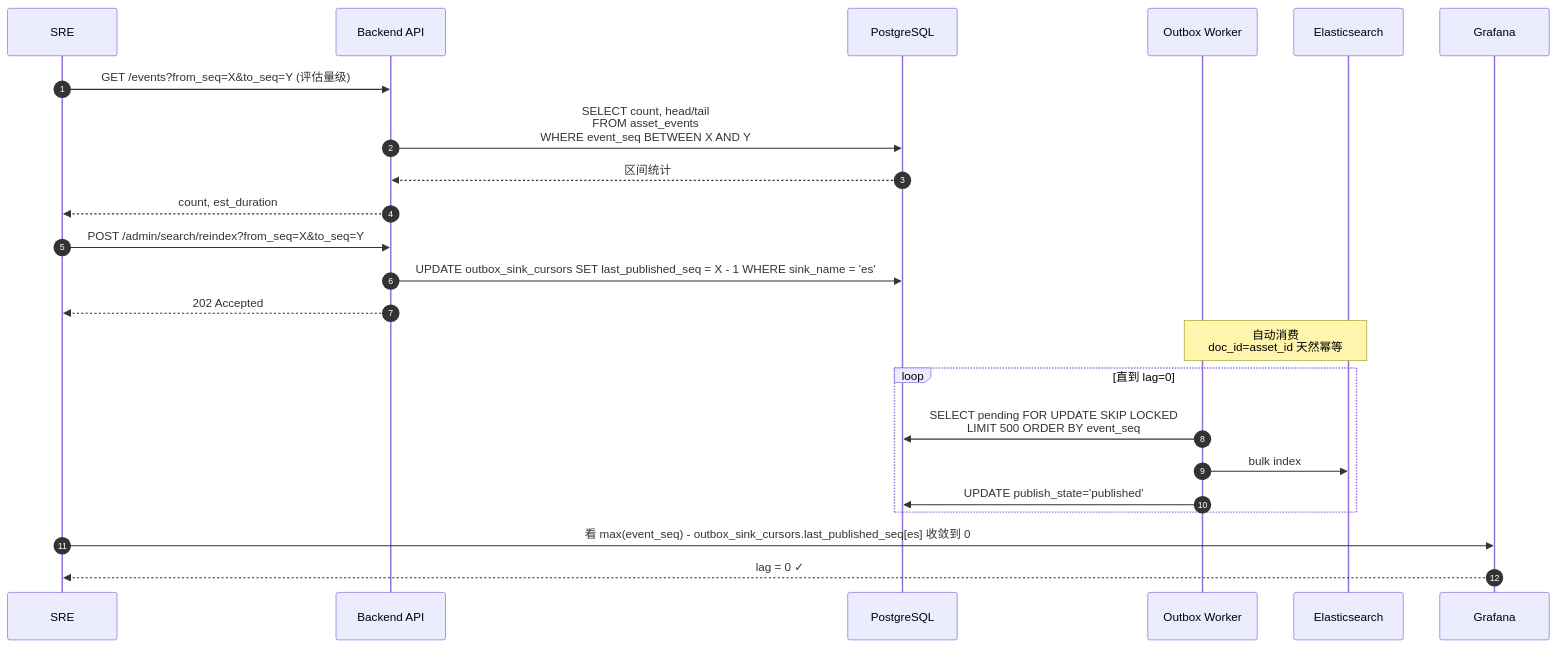
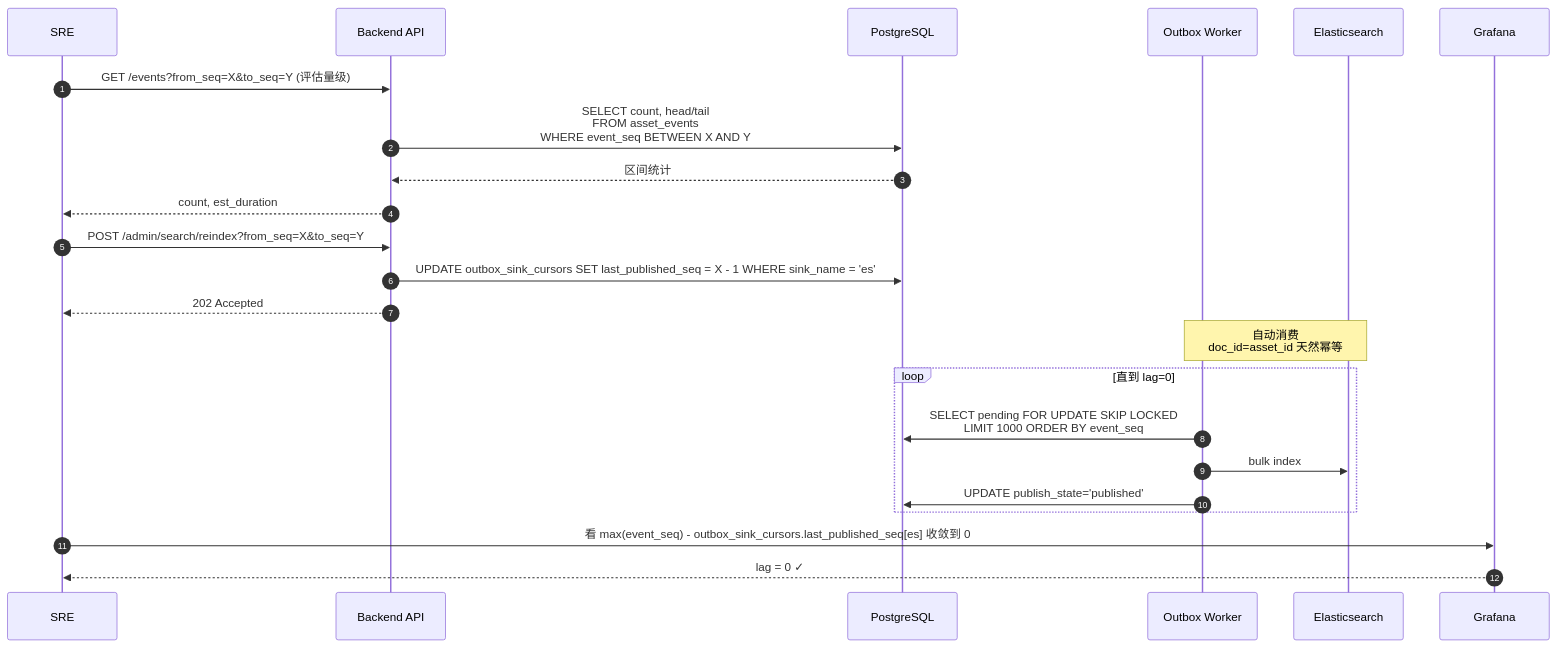
One commit to rouse2617/Databricks4robot changed diagram 20 of 24 in docs/review/data-platform-design.md. Above: the diagram before and after it, drawn with Mermaid. The commit also changed other lines of this file and 2 other files, not shown here.

````diff
--- a/docs/review/data-platform-design.md
+++ b/docs/review/data-platform-design.md
@@ -1533,29 +1568,29 @@
 ```mermaid
 sequenceDiagram
     autonumber
     participant SRE as SRE
     participant API as Backend API
     participant PG as PostgreSQL
     participant Out as Outbox Worker
     participant ES as Elasticsearch
     participant Graf as Grafana
 
     SRE->>API: GET /events?from_seq=X&to_seq=Y (评估量级)
     API->>PG: SELECT count, head/tail<br>FROM asset_events<br>WHERE event_seq BETWEEN X AND Y
     PG-->>API: 区间统计
     API-->>SRE: count, est_duration
 
     SRE->>API: POST /admin/search/reindex?from_seq=X&to_seq=Y
     API->>PG: UPDATE outbox_sink_cursors SET last_published_seq = X - 1 WHERE sink_name = 'es'
     API-->>SRE: 202 Accepted
 
     Note over Out,ES: 自动消费<br>doc_id=asset_id 天然幂等
     loop 直到 lag=0
-        Out->>PG: SELECT pending FOR UPDATE SKIP LOCKED<br>LIMIT 500 ORDER BY event_seq
+        Out->>PG: SELECT pending FOR UPDATE SKIP LOCKED<br>LIMIT 1000 ORDER BY event_seq
         Out->>ES: bulk index
         Out->>PG: UPDATE publish_state='published'
     end
 
     SRE->>Graf: 看 max(event_seq) - outbox_sink_cursors.last_published_seq[es] 收敛到 0
     Graf-->>SRE: lag = 0 ✓
 ```
````
